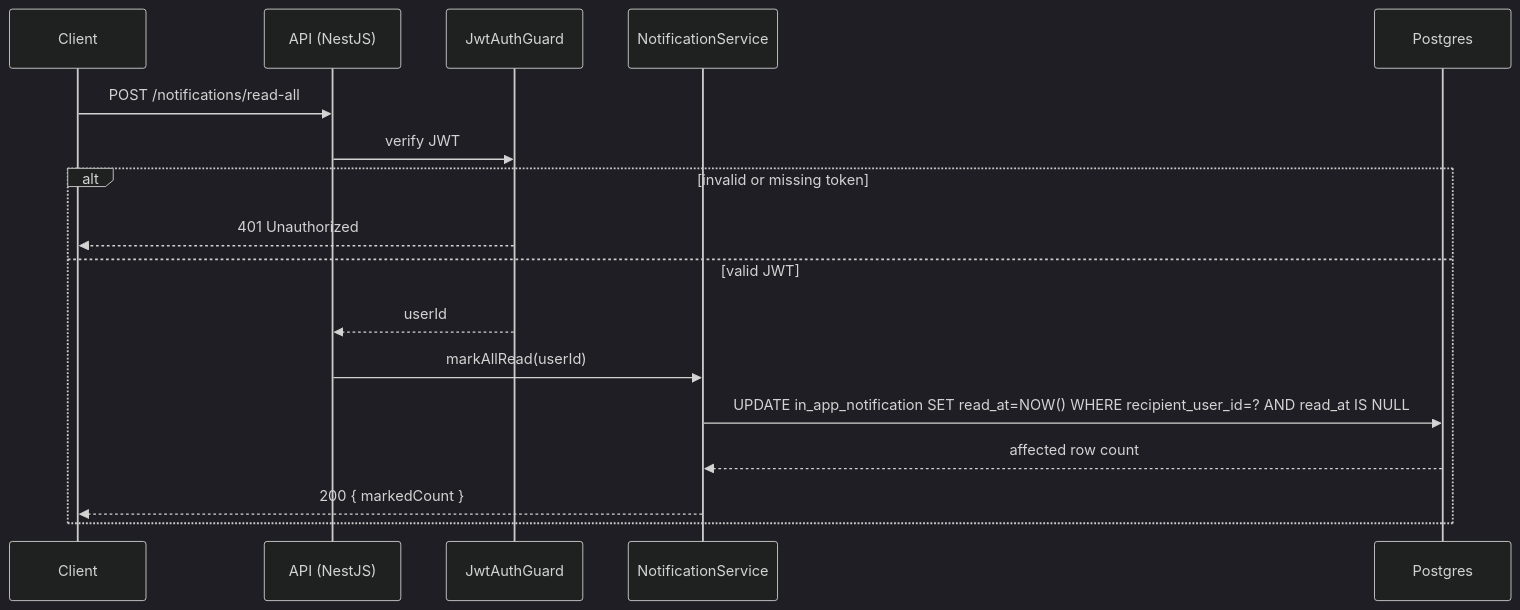
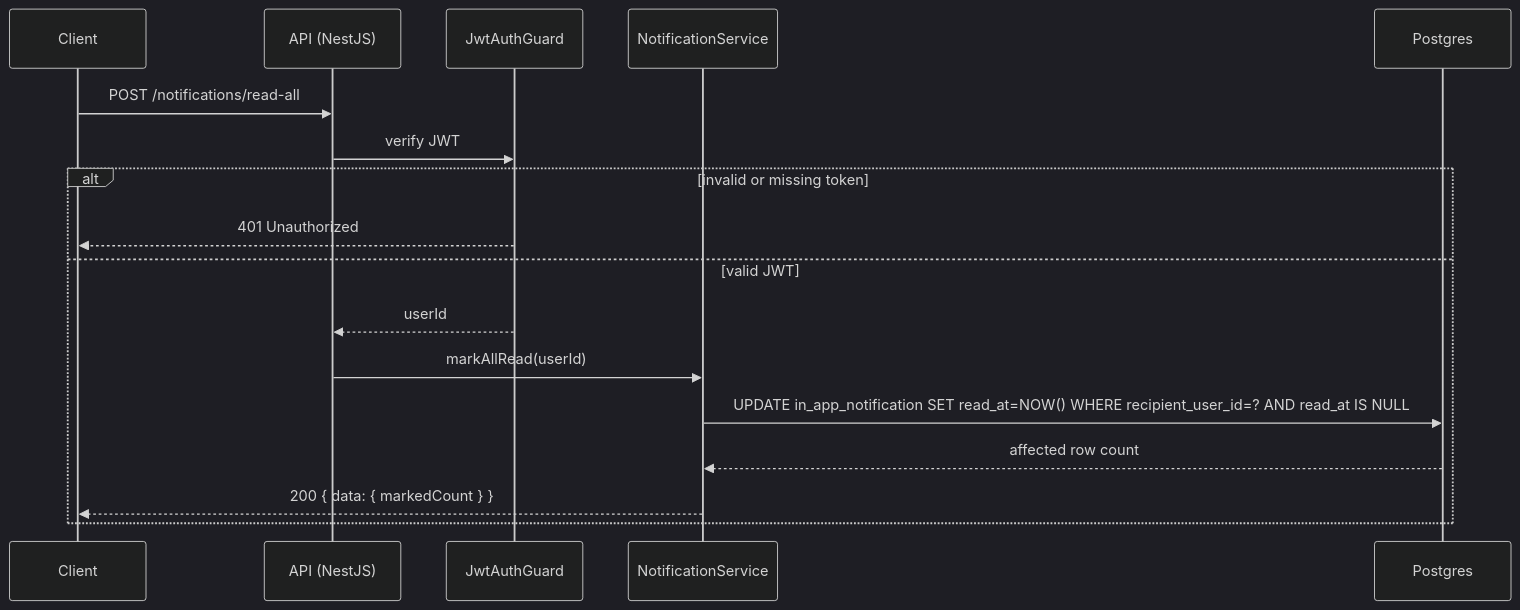
Before and after one commit to alisa-uthi/aliceut-ecom-document: the third of 4 diagrams in phase-1/technical-design/api-design/notifications.md, drawn with Mermaid (dark theme). The commit also changed other lines of this file and 22 other files, not shown here.

````diff
--- a/phase-1/technical-design/api-design/notifications.md
+++ b/phase-1/technical-design/api-design/notifications.md
@@ -139,20 +139,20 @@
 ```mermaid
 sequenceDiagram
     participant C as Client
     participant API as API (NestJS)
     participant JG as JwtAuthGuard
     participant S as NotificationService
     participant PG as Postgres
 
     C->>API: POST /notifications/read-all
     API->>JG: verify JWT
     alt invalid or missing token
         JG-->>C: 401 Unauthorized
     else valid JWT
         JG-->>API: userId
         API->>S: markAllRead(userId)
         S->>PG: UPDATE in_app_notification SET read_at=NOW() WHERE recipient_user_id=? AND read_at IS NULL
         PG-->>S: affected row count
-        S-->>C: 200 { markedCount }
+        S-->>C: 200 { data: { markedCount } }
     end
 ```
````
